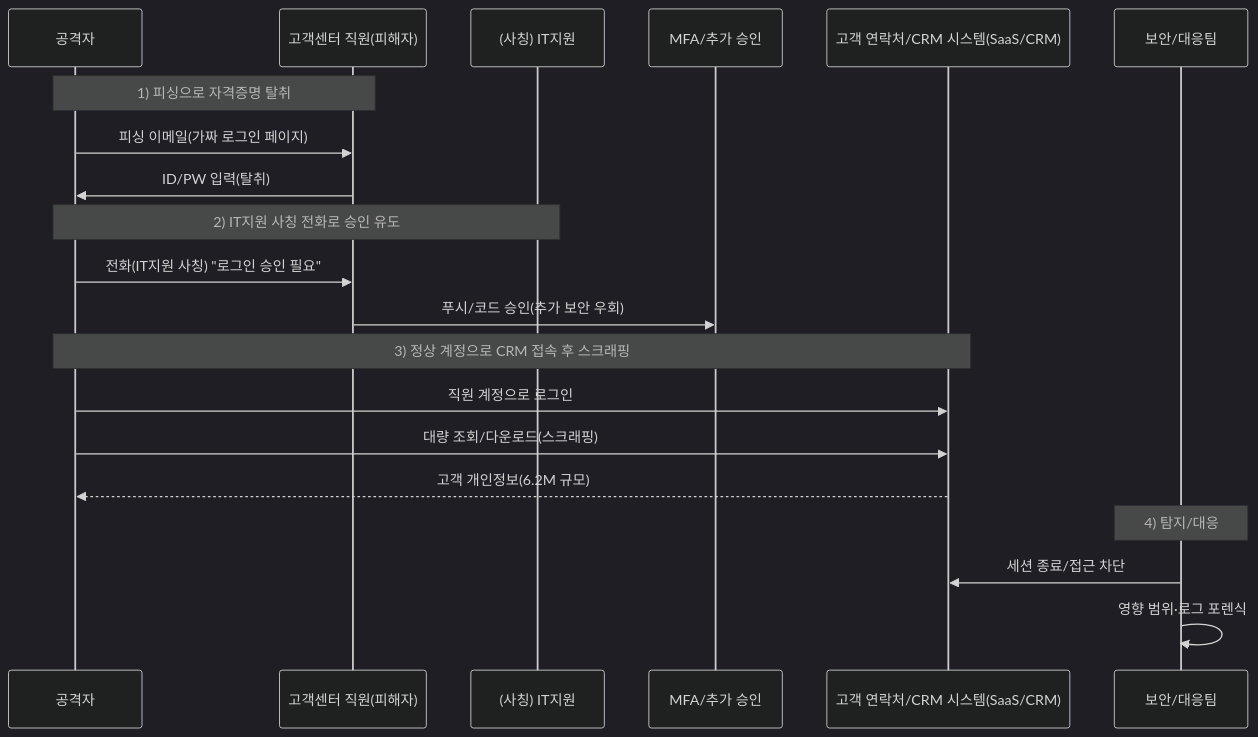
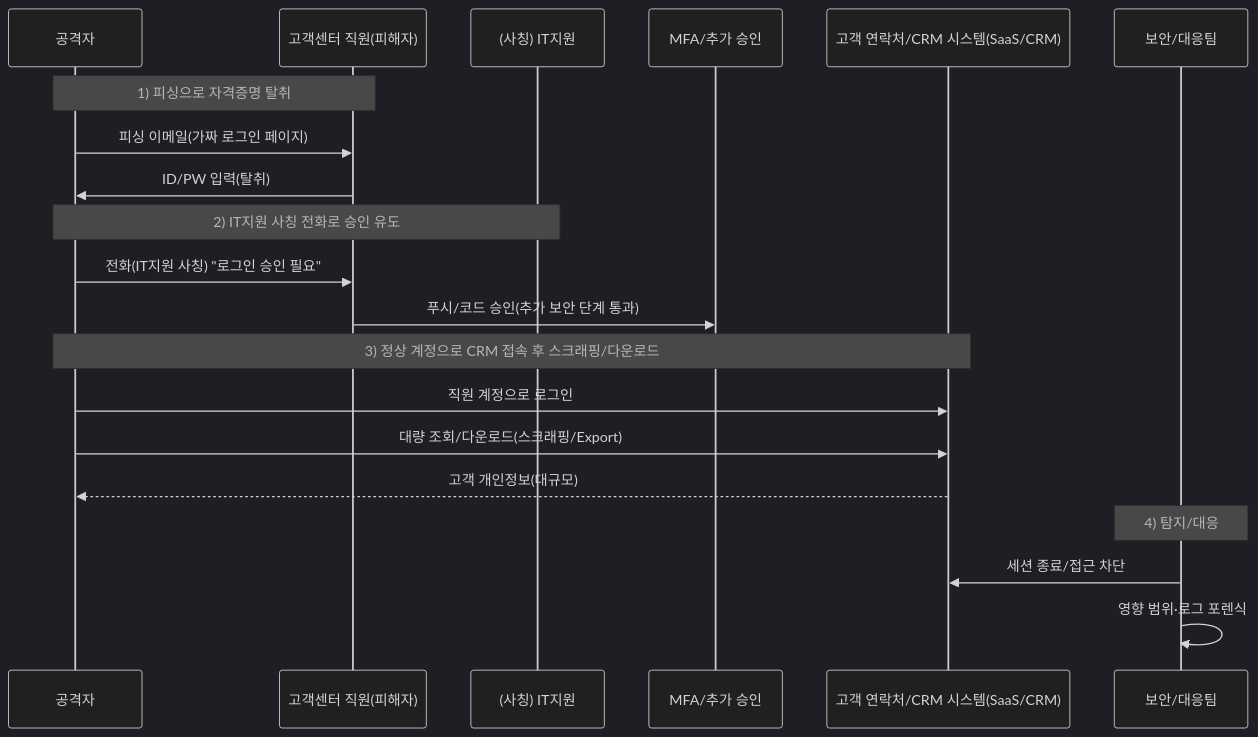
One commit to qubitsec/blog changed the diagram in content/ko/threats/case-odido_breach.md. Above: the diagram before and after it, drawn with Mermaid (dark theme). The commit also changed other lines of this file, not shown here.

````diff
--- a/content/ko/threats/case-odido_breach.md
+++ b/content/ko/threats/case-odido_breach.md
@@ -90,26 +153,26 @@
 ```mermaid
 sequenceDiagram
     participant Attacker as 공격자
     participant CS as 고객센터 직원(피해자)
     participant IT as (사칭) IT지원
     participant MFA as MFA/추가 승인
     participant CRM as 고객 연락처/CRM 시스템(SaaS/CRM)
     participant SOC as 보안/대응팀
 
     Note over Attacker, CS: 1) 피싱으로 자격증명 탈취
     Attacker->>CS: 피싱 이메일(가짜 로그인 페이지)
     CS->>Attacker: ID/PW 입력(탈취)
 
     Note over Attacker, IT: 2) IT지원 사칭 전화로 승인 유도
     Attacker->>CS: 전화(IT지원 사칭) "로그인 승인 필요"
-    CS->>MFA: 푸시/코드 승인(추가 보안 우회)
+    CS->>MFA: 푸시/코드 승인(추가 보안 단계 통과)
 
-    Note over Attacker, CRM: 3) 정상 계정으로 CRM 접속 후 스크래핑
+    Note over Attacker, CRM: 3) 정상 계정으로 CRM 접속 후 스크래핑/다운로드
     Attacker->>CRM: 직원 계정으로 로그인
-    Attacker->>CRM: 대량 조회/다운로드(스크래핑)
-    CRM-->>Attacker: 고객 개인정보(6.2M 규모)
+    Attacker->>CRM: 대량 조회/다운로드(스크래핑/Export)
+    CRM-->>Attacker: 고객 개인정보(대규모)
 
     Note over SOC: 4) 탐지/대응
     SOC->>CRM: 세션 종료/접근 차단
     SOC->>SOC: 영향 범위·로그 포렌식
 ```
````
